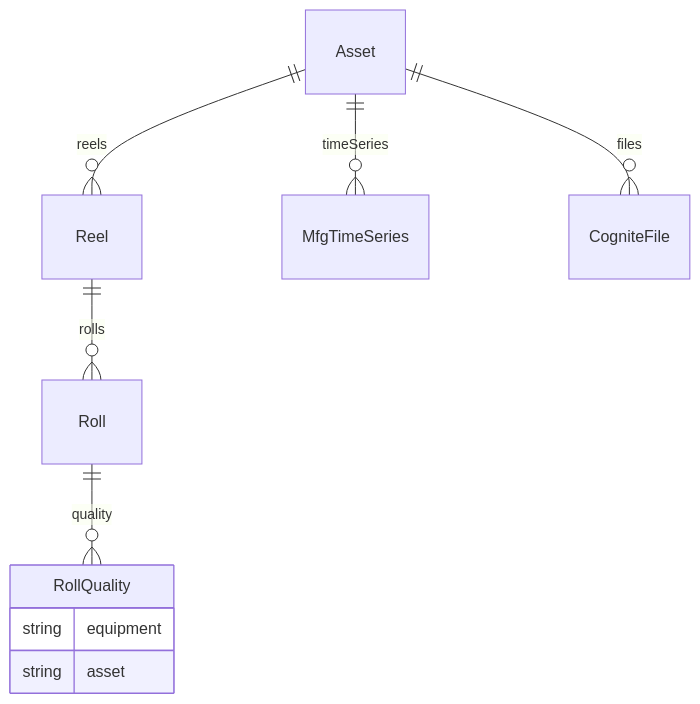
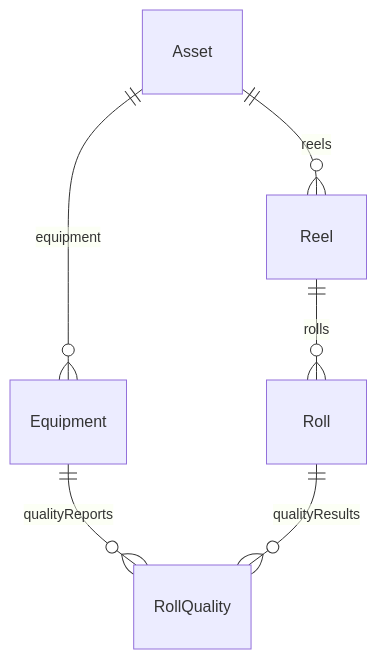
One commit to fbarsoba-cognite/sylvamo-project-documentation changed the diagram in docs/reference/data-model/MFG_CORE_WITH_EQUIPMENT.md. Above: the diagram before and after it, drawn with Mermaid. The commit also changed other lines of this file and 2 other files, not shown here.

Commit message:
Update documentation with ISA-95 assetType classification (ADR-001)

````diff
--- a/docs/reference/data-model/MFG_CORE_WITH_EQUIPMENT.md
+++ b/docs/reference/data-model/MFG_CORE_WITH_EQUIPMENT.md
@@ -13,12 +50,8 @@
 ```mermaid
 erDiagram
+    Asset ||--o{ Equipment : equipment
     Asset ||--o{ Reel : reels
-    Asset ||--o{ MfgTimeSeries : timeSeries
-    Asset ||--o{ CogniteFile : files
+    Equipment ||--o{ RollQuality : qualityReports
     Reel ||--o{ Roll : rolls
-    Roll ||--o{ RollQuality : quality
-    RollQuality {
-        string equipment
-        string asset
-    }
+    Roll ||--o{ RollQuality : qualityResults
 ```
````
